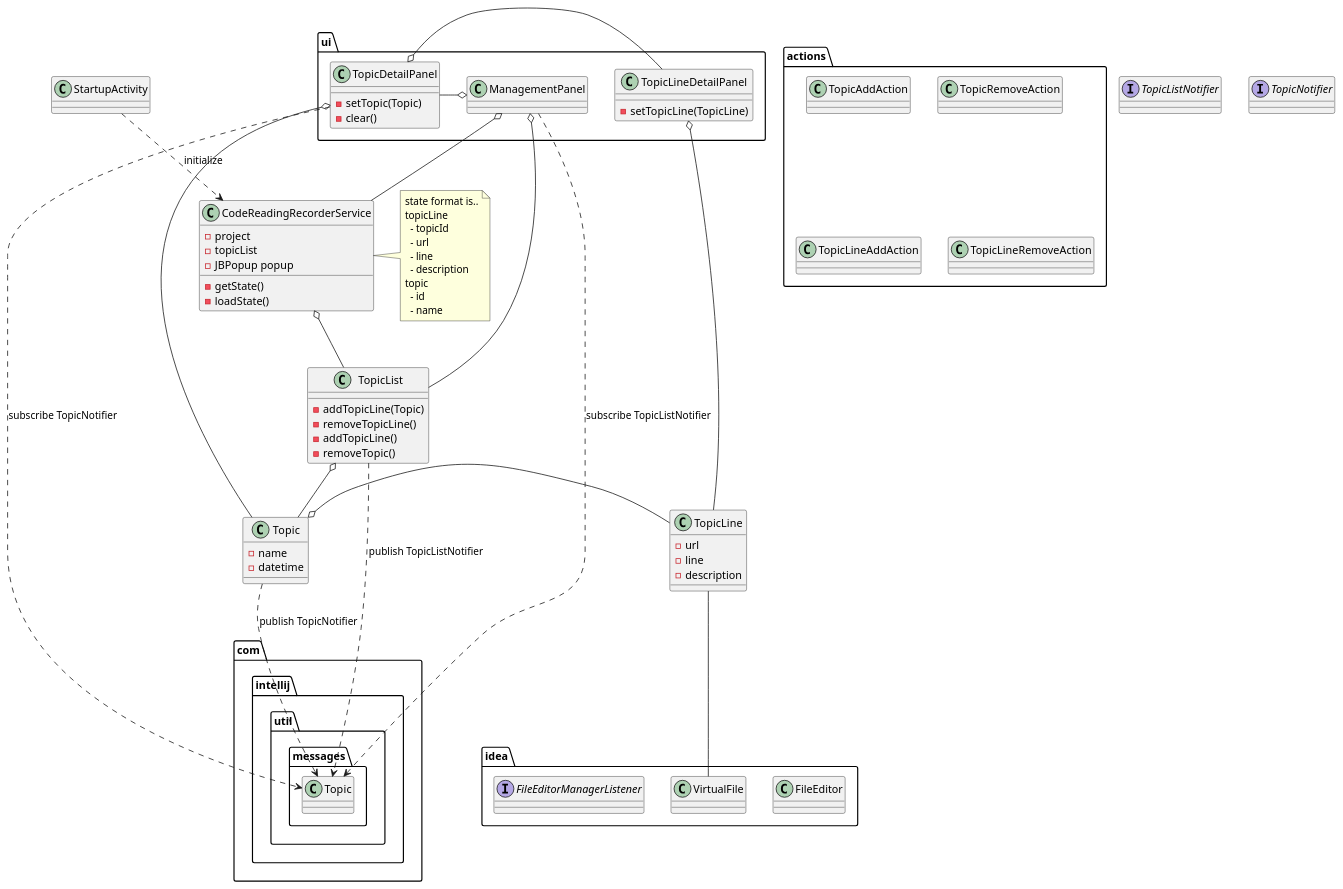
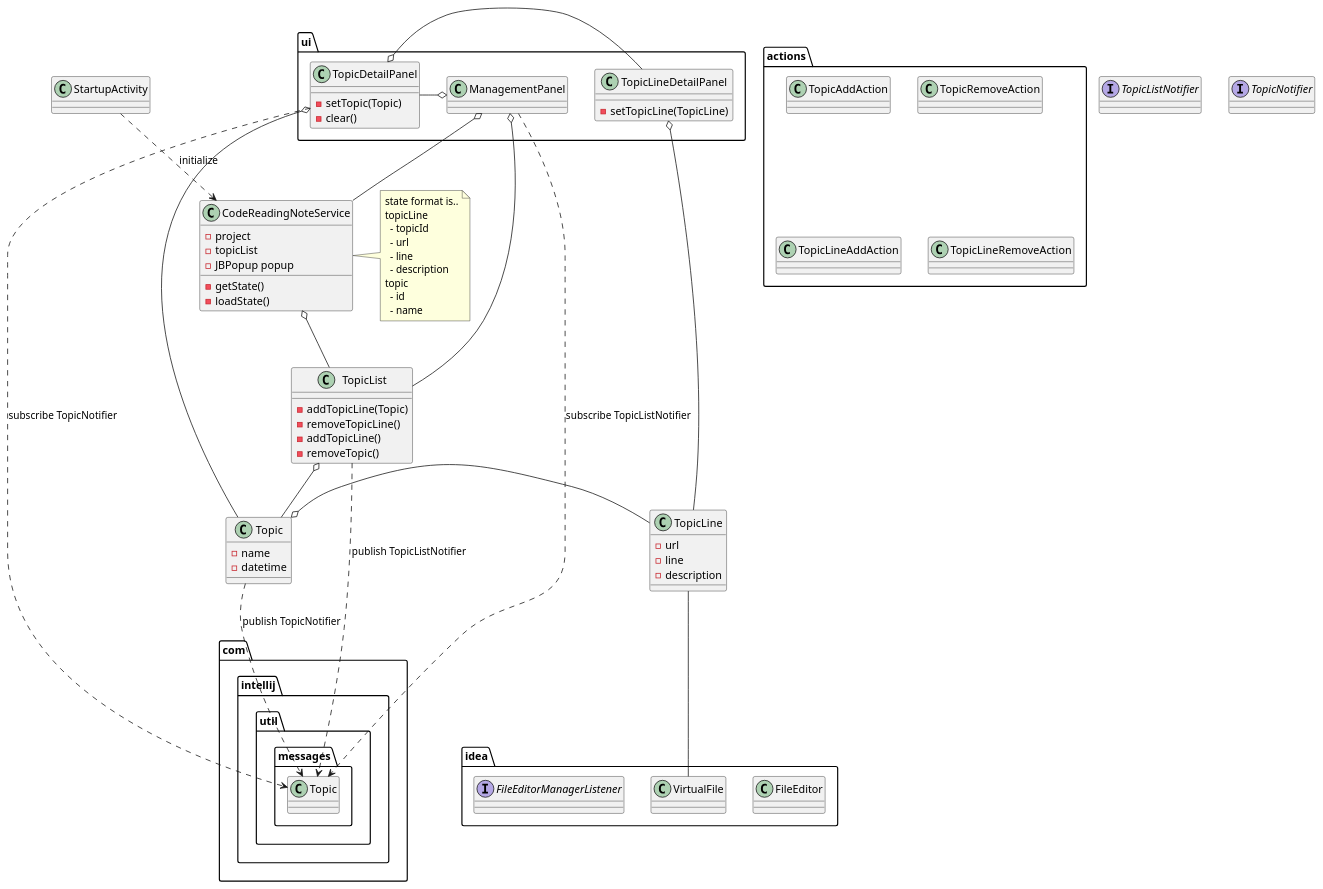
Before and after one commit to kitabatake/CodeReadingNote: the diagram in documents/class.puml, drawn with PlantUML. The commit also changed 24 other files, not shown here.

```diff
--- a/documents/class.puml
+++ b/documents/class.puml
@@ -1,100 +1,100 @@
 @startuml
-class CodeReadingRecorderService {
+class CodeReadingNoteService {
   - project
   - topicList
   - JBPopup popup
 
   - getState()
   - loadState()
 }
 
-note right of CodeReadingRecorderService
+note right of CodeReadingNoteService
    state format is..
    topicLine
      - topicId
      - url
      - line
      - description
    topic
      - id
      - name
 end note
 
 class TopicList {
     - addTopicLine(Topic)
     - removeTopicLine()
     - addTopicLine()
     - removeTopic()
 }
 
 class Topic {
     - name
     - datetime
 }
 
 class TopicLine {
     - url
     - line
     - description
 }
 
 
 class StartupActivity
 
 package idea {
     class FileEditor
     class VirtualFile
 
     interface FileEditorManagerListener
 }
 
 package ui {
     class ManagementPanel {
 
     }
     class TopicDetailPanel {
         - setTopic(Topic)
         - clear()
     }
     class TopicLineDetailPanel {
         - setTopicLine(TopicLine)
     }
 
     ManagementPanel o- TopicDetailPanel
     TopicDetailPanel o- TopicLineDetailPanel
 }
 
 package actions {
     class TopicAddAction
     class TopicRemoveAction
     class TopicLineAddAction
     class TopicLineRemoveAction
 }
 
 
 /' message '/
 class com.intellij.util.messages.Topic
 interface TopicListNotifier
 interface TopicNotifier
 
 TopicList ..> com.intellij.util.messages.Topic : publish TopicListNotifier
 ManagementPanel ..> com.intellij.util.messages.Topic : subscribe TopicListNotifier
 
 Topic ..> com.intellij.util.messages.Topic : publish TopicNotifier
 TopicDetailPanel ..> com.intellij.util.messages.Topic : subscribe TopicNotifier
 
 /' relation '/
-StartupActivity ..> CodeReadingRecorderService : initialize
-CodeReadingRecorderService o-- TopicList
+StartupActivity ..> CodeReadingNoteService : initialize
+CodeReadingNoteService o-- TopicList
 
 TopicList o-- Topic
 Topic o- TopicLine
 
 TopicLine -- VirtualFile
 
-ManagementPanel o-- CodeReadingRecorderService
+ManagementPanel o-- CodeReadingNoteService
 ManagementPanel o-- TopicList
 
 TopicDetailPanel o-- Topic
 TopicLineDetailPanel o-- TopicLine
 @enduml
```
